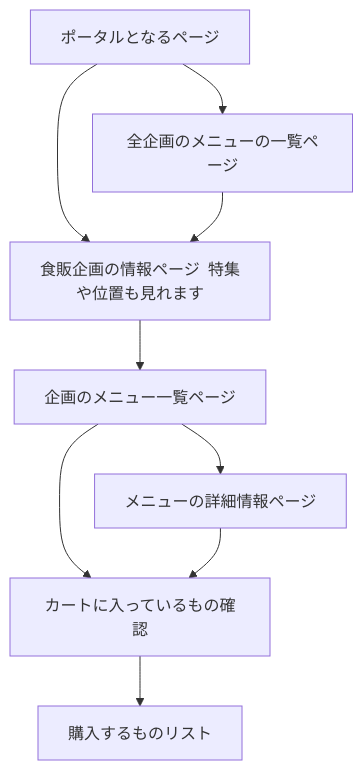
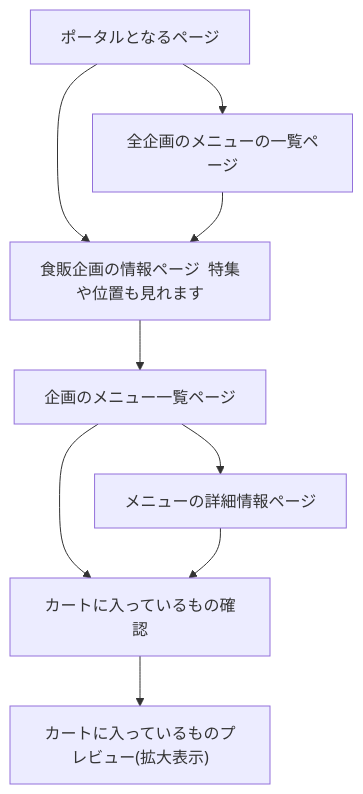
One commit to UnofficialSoukouFest/awkward-order changed the diagram in docs/architecture.md. Above: the diagram before and after it, drawn with Mermaid. The commit also changed other lines of this file and 27 other files, not shown here.

````diff
--- a/docs/architecture.md
+++ b/docs/architecture.md
@@ -8,19 +8,19 @@
 ```mermaid
 flowchart TB
 	main["ポータルとなるページ"]
 	AllMenuList["全企画のメニューの一覧ページ"]
 	programAbout["食販企画の情報ページ  特集や位置も見れます"]
 	menuList["企画のメニュー一覧ページ"]
 	menuProfile["メニューの詳細情報ページ"]
 	cartCheck["カートに入っているもの確認"]
-	showBought["購入するものリスト"]
+	showBought["カートに入っているものプレビュー(拡大表示)"]
 
 	main --> programAbout
 	main --> AllMenuList
 	AllMenuList --> programAbout
 	programAbout --> menuList
 	menuList --> menuProfile
 	menuList --> cartCheck
 	menuProfile --> cartCheck
 	cartCheck --> showBought
 ```
````
